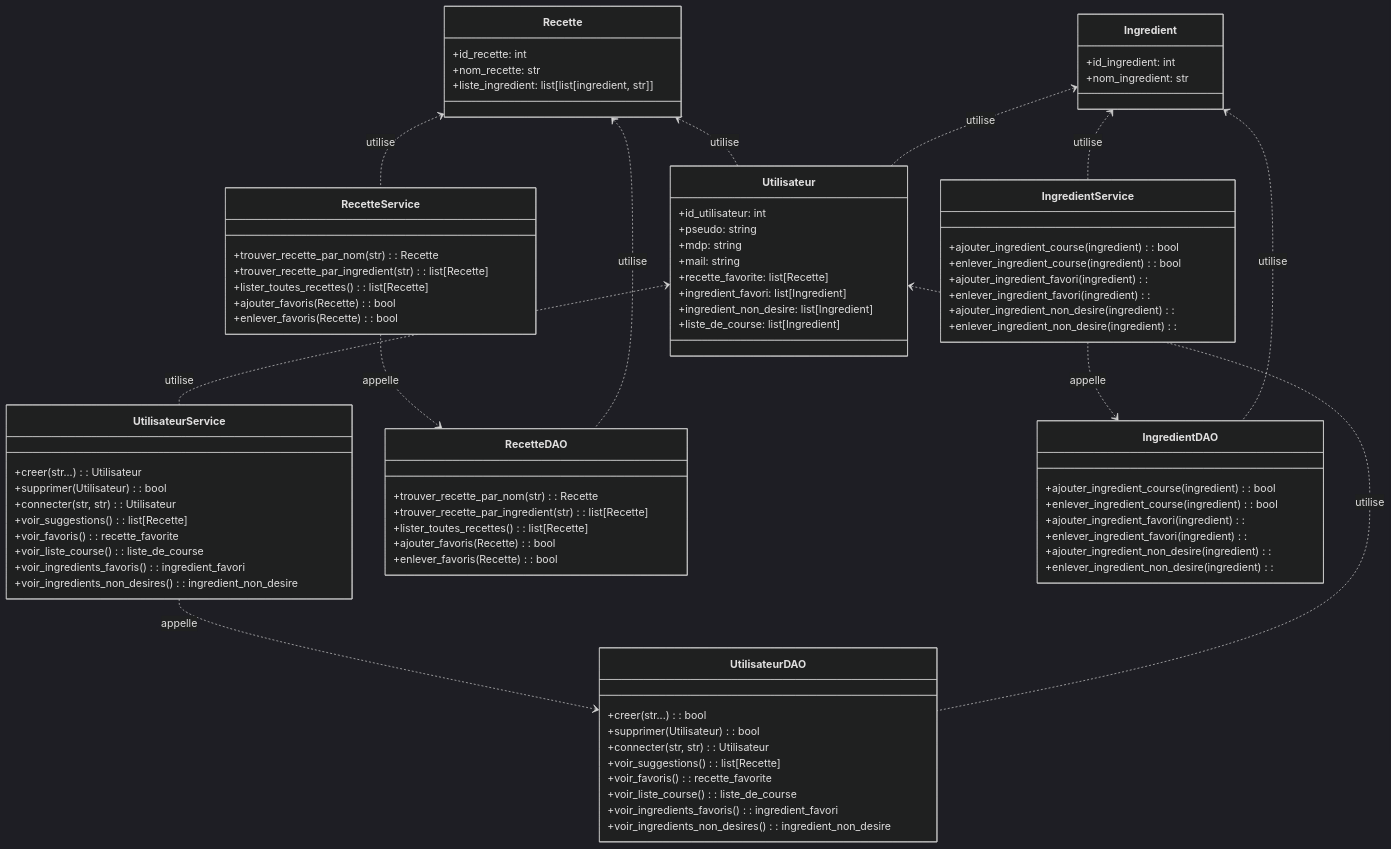
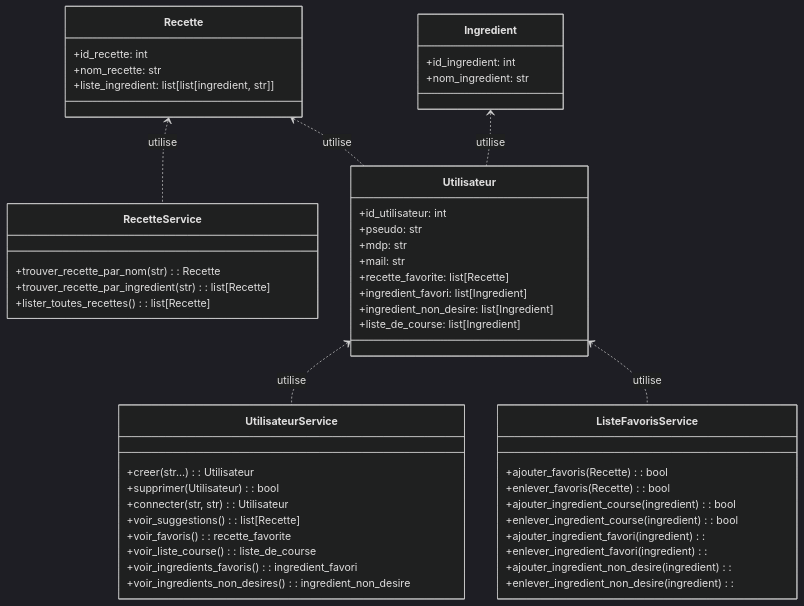
One commit to sayansuos/ENSAI-2A-projet-info changed the diagram in doc/diagramme_de_classes.md. Above: the diagram before and after it, drawn with Mermaid (dark theme).

Commit message:
Correction et mise en forme : Diagramme de classes

```diff
--- a/doc/diagramme_de_classes.md
+++ b/doc/diagramme_de_classes.md
@@ -2,29 +2,13 @@
 classDiagram
     class Utilisateur {
         +id_utilisateur: int
-        +pseudo: string
-        +mdp: string
-        +mail: string
+        +pseudo: str
+        +mdp: str
+        +mail: str
         +recette_favorite: list[Recette]
         +ingredient_favori: list[Ingredient]
         +ingredient_non_desire: list[Ingredient]
         +liste_de_course: list[Ingredient]
-    }
-
-    class UtilisateurDAO {
-        +creer(str...): bool
-        +supprimer(Utilisateur): bool
-        +connecter(str, str): Utilisateur
-
-        +voir_suggestions(): list[Recette]
-
-        +voir_favoris(): recette_favorite
-
-        +voir_liste_course(): liste_de_course
-
-        +voir_ingredients_favoris(): ingredient_favori
-
-        +voir_ingredients_non_desires(): ingredient_non_desire
     }
 
     class UtilisateurService {
@@ -44,48 +28,10 @@
     }
 
 
-    class Recette {
-        +id_recette: int
-        +nom_recette: str
-        +liste_ingredient: list[list[ingredient, str]]
-    }
-
-    class RecetteService {
-        +trouver_recette_par_nom(str): Recette
-        +trouver_recette_par_ingredient(str): list[Recette]
-        +lister_toutes_recettes(): list[Recette]
-
+    class ListeFavorisService {
         +ajouter_favoris(Recette): bool
         +enlever_favoris(Recette): bool
-    }
 
-    class RecetteDAO {
-        +trouver_recette_par_nom(str): Recette
-        +trouver_recette_par_ingredient(str): list[Recette]
-        +lister_toutes_recettes(): list[Recette]
-
-        +ajouter_favoris(Recette): bool
-        +enlever_favoris(Recette): bool
-    }
-
-
-    class Ingredient {
-        +id_ingredient: int
-        +nom_ingredient: str
-    }
-
-    class IngredientService {
-        +ajouter_ingredient_course(ingredient): bool
-        +enlever_ingredient_course(ingredient): bool
-
-        +ajouter_ingredient_favori(ingredient):
-        +enlever_ingredient_favori(ingredient):
-
-        +ajouter_ingredient_non_desire(ingredient):
-        +enlever_ingredient_non_desire(ingredient):
-    }
-
-    class IngredientDAO {
         +ajouter_ingredient_course(ingredient): bool
         +enlever_ingredient_course(ingredient): bool
 
@@ -97,17 +43,30 @@
     }
 
 
-    UtilisateurService ..> UtilisateurDAO : appelle
+    class Recette {
+        +id_recette: int
+        +nom_recette: str
+        +liste_ingredient: list[list[ingredient, str]]
+    }
+
+    class RecetteService {
+        +trouver_recette_par_nom(str): Recette
+        +trouver_recette_par_ingredient(str): list[Recette]
+        +lister_toutes_recettes(): list[Recette]
+    }
+
+
+    class Ingredient {
+        +id_ingredient: int
+        +nom_ingredient: str
+    }
+
+
     Utilisateur <.. UtilisateurService: utilise
-    Utilisateur <.. UtilisateurDAO: utilise
+    Utilisateur <.. ListeFavorisService: utilise
 
-    RecetteService ..> RecetteDAO : appelle
     Recette <.. RecetteService: utilise
-    Recette <.. RecetteDAO: utilise
 
-    IngredientService ..> IngredientDAO : appelle
-    Ingredient <.. IngredientService: utilise
-    Ingredient <.. IngredientDAO: utilise
 
     Recette <.. Utilisateur: utilise
     Ingredient <.. Utilisateur: utilise
```
